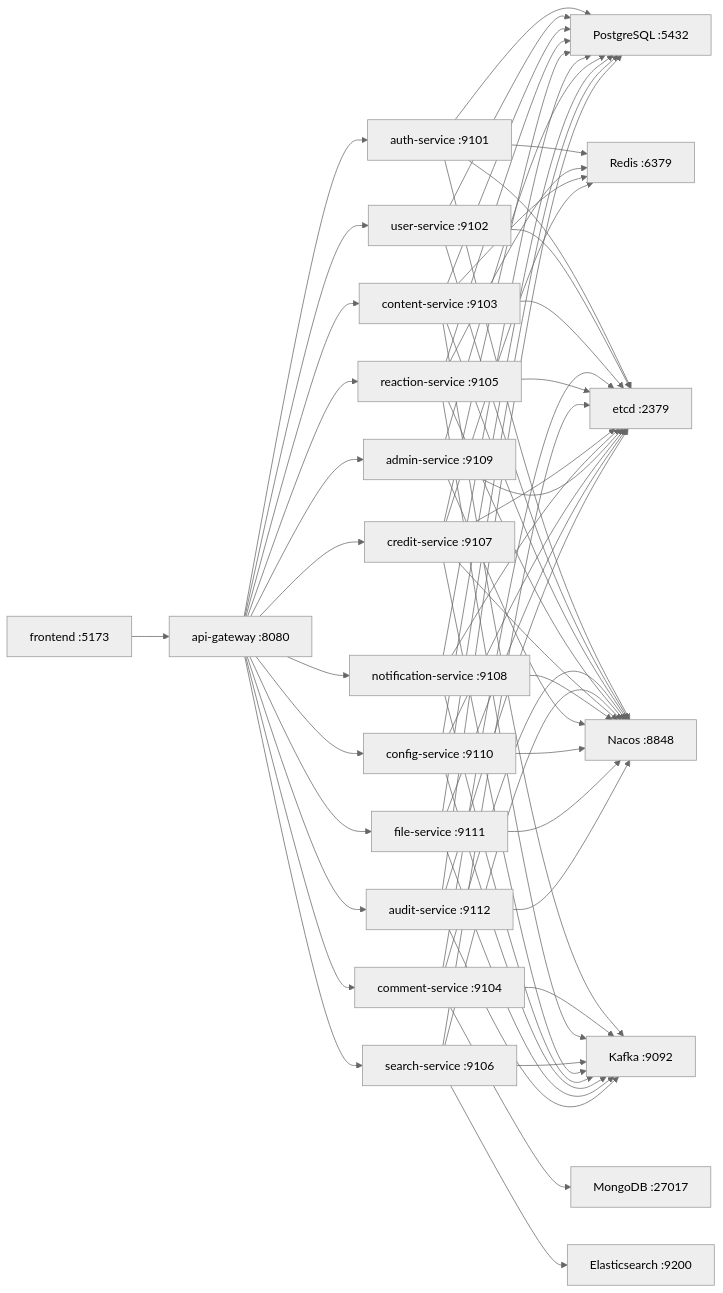
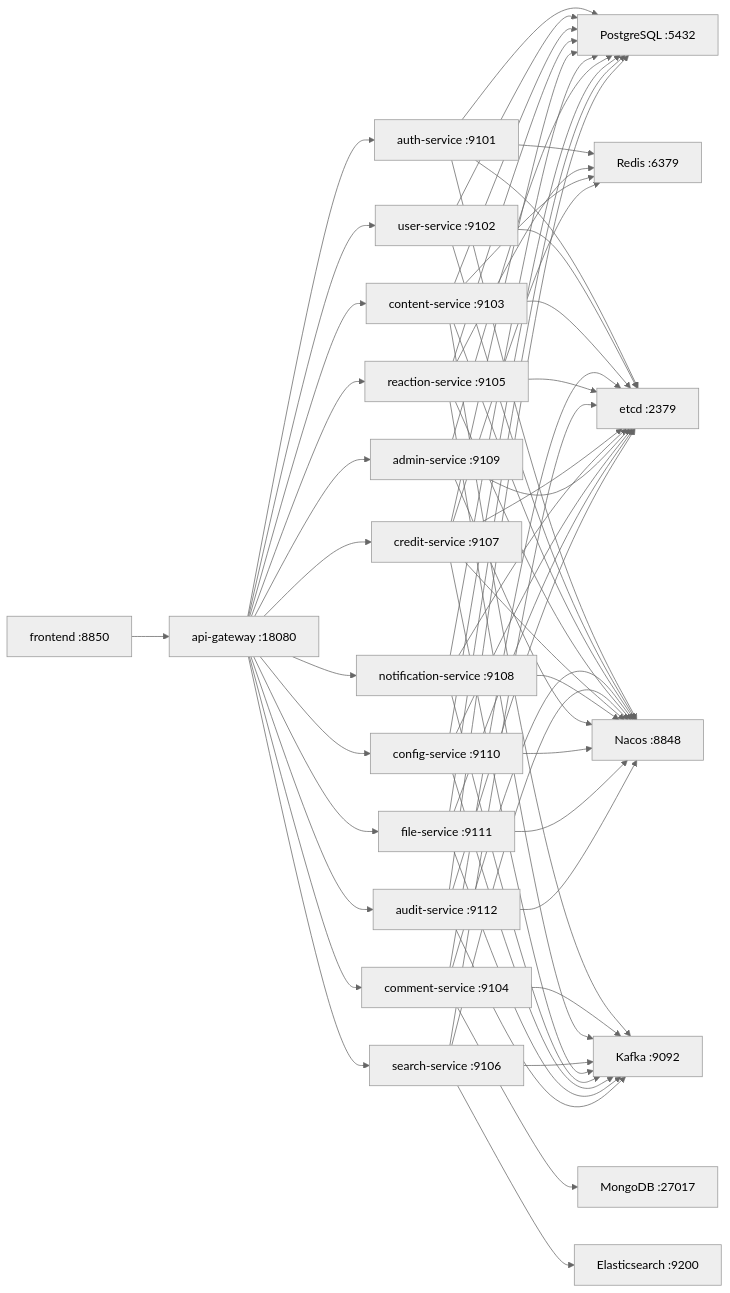
One commit to zem12345678/bbs changed the diagram in docs/planning/10-local-dev-topology.md. Above: the diagram before and after it, drawn with Mermaid (neutral theme). The commit also changed other lines of this file and 12 other files, not shown here.

Commit message:
fix: isolate gateway config and move frontend port

````diff
--- a/docs/planning/10-local-dev-topology.md
+++ b/docs/planning/10-local-dev-topology.md
@@ -24,72 +24,72 @@
 ```mermaid
 flowchart LR
-  FE["frontend :5173"] --> GW["api-gateway :8080"]
+  FE["frontend :8850"] --> GW["api-gateway :18080"]
 
   GW --> AUTH["auth-service :9101"]
   GW --> USER["user-service :9102"]
   GW --> CONTENT["content-service :9103"]
   GW --> COMMENT["comment-service :9104"]
   GW --> REACTION["reaction-service :9105"]
   GW --> SEARCH["search-service :9106"]
   GW --> CREDIT["credit-service :9107"]
   GW --> NOTIFY["notification-service :9108"]
   GW --> ADMIN["admin-service :9109"]
   GW --> CONFIG["config-service :9110"]
   GW --> FILE["file-service :9111"]
   GW --> AUDIT["audit-service :9112"]
 
   AUTH --> PG["PostgreSQL :5432"]
   USER --> PG
   CONTENT --> PG
   REACTION --> PG
   CREDIT --> PG
   NOTIFY --> PG
   ADMIN --> PG
   CONFIG --> PG
   FILE --> PG
   AUDIT --> PG
 
   COMMENT --> MONGO["MongoDB :27017"]
   SEARCH --> ES["Elasticsearch :9200"]
 
   AUTH --> REDIS["Redis :6379"]
   REACTION --> REDIS
   CONTENT --> REDIS
   CREDIT --> REDIS
 
   CONTENT --> KAFKA["Kafka :9092"]
   COMMENT --> KAFKA
   REACTION --> KAFKA
   SEARCH --> KAFKA
   CREDIT --> KAFKA
   NOTIFY --> KAFKA
   CONFIG --> KAFKA
   FILE --> KAFKA
   AUDIT --> KAFKA
 
   AUTH --> ETCD["etcd :2379"]
   USER --> ETCD
   CONTENT --> ETCD
   COMMENT --> ETCD
   REACTION --> ETCD
   SEARCH --> ETCD
   CREDIT --> ETCD
   NOTIFY --> ETCD
   ADMIN --> ETCD
   CONFIG --> ETCD
   FILE --> ETCD
   AUDIT --> ETCD
 
   AUTH --> NACOS["Nacos :8848"]
   USER --> NACOS
   CONTENT --> NACOS
   COMMENT --> NACOS
   REACTION --> NACOS
   SEARCH --> NACOS
   CREDIT --> NACOS
   NOTIFY --> NACOS
   ADMIN --> NACOS
   CONFIG --> NACOS
   FILE --> NACOS
   AUDIT --> NACOS
 ```
````
